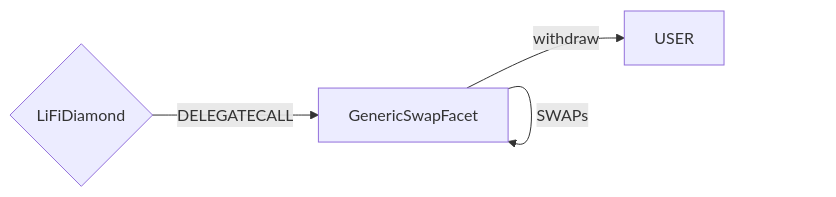
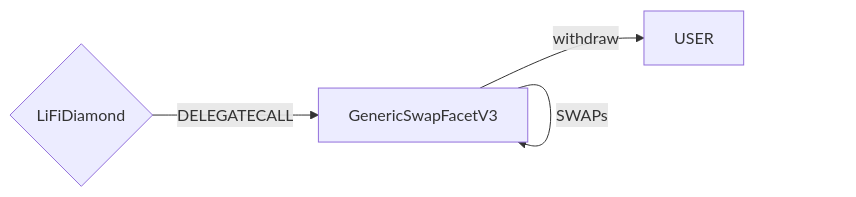
One commit to lifinance/contracts changed the diagram in docs/GenericSwapFacetV3.md. Above: the diagram before and after it, drawn with Mermaid. The commit also changed other lines of this file and 2 other files, not shown here.

````diff
--- a/docs/GenericSwapFacetV3.md
+++ b/docs/GenericSwapFacetV3.md
@@ -9,6 +9,6 @@
 ```mermaid
 graph LR;
-    D{LiFiDiamond}-- DELEGATECALL -->GenericSwapFacet;
-    GenericSwapFacet -- SWAPs --> GenericSwapFacet
-    GenericSwapFacet -- withdraw --> USER
+    D{LiFiDiamond}-- DELEGATECALL -->GenericSwapFacetV3;
+    GenericSwapFacetV3 -- SWAPs --> GenericSwapFacetV3
+    GenericSwapFacetV3 -- withdraw --> USER
 ```
````
